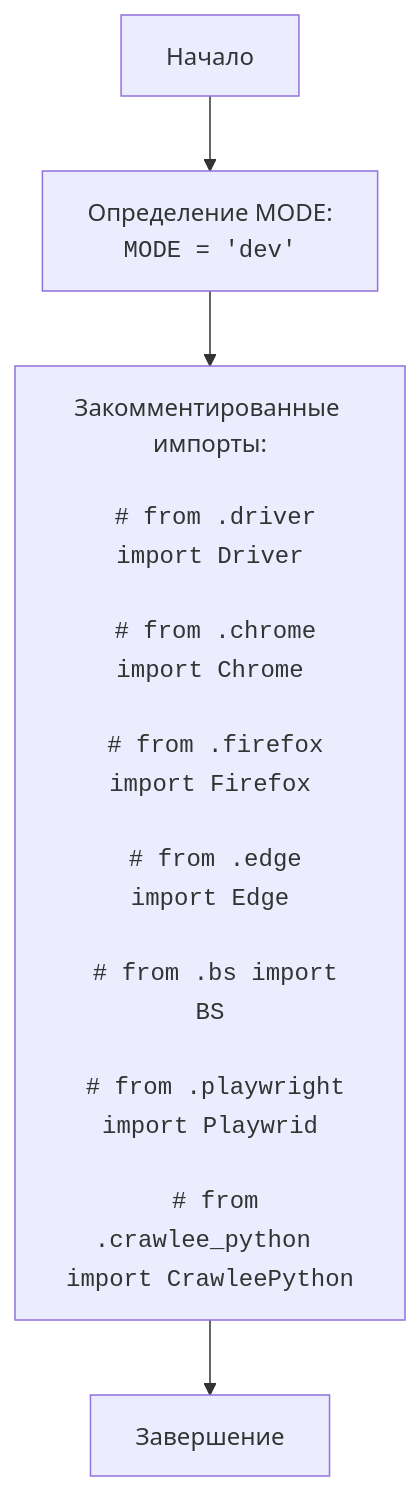
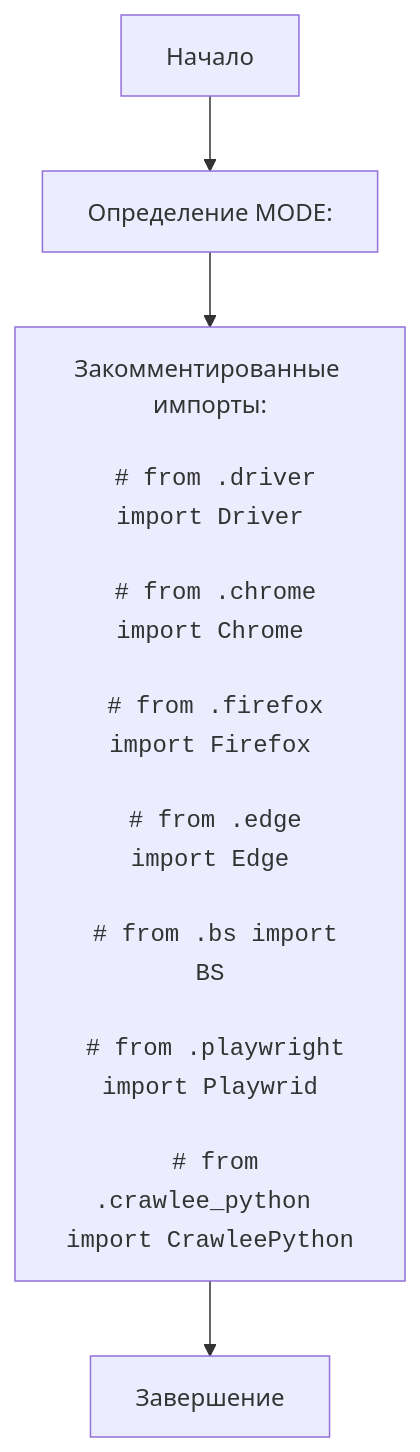
One commit to hypo69/hypo changed the diagram in docs/gemini/ru/explainer/src/webdriver/__init__.py.md. Above: the diagram before and after it, drawn with Mermaid. The commit also changed other lines of this file and 6031 other files, not shown here.

````diff
--- a/docs/gemini/ru/explainer/src/webdriver/__init__.py.md
+++ b/docs/gemini/ru/explainer/src/webdriver/__init__.py.md
@@ -27,13 +27,13 @@
 ```mermaid
 flowchart TD
-    Start[Начало] --> DefineMode[Определение MODE: <br> <code>MODE = 'dev'</code>];
+    Start[Начало] --> DefineMode[Определение MODE: <br> <code></code>];
     DefineMode -->  CommentedImports[Закомментированные импорты:<br>
     <code># from .driver import Driver</code><br>
     <code># from .chrome import Chrome</code><br>
     <code># from .firefox import Firefox</code><br>
     <code># from .edge import Edge</code><br>
     <code># from .bs import BS</code><br>
     <code># from .playwright import Playwrid</code><br>
     <code># from .crawlee_python import CrawleePython</code>]
     CommentedImports --> End[Завершение];
 ```
````
